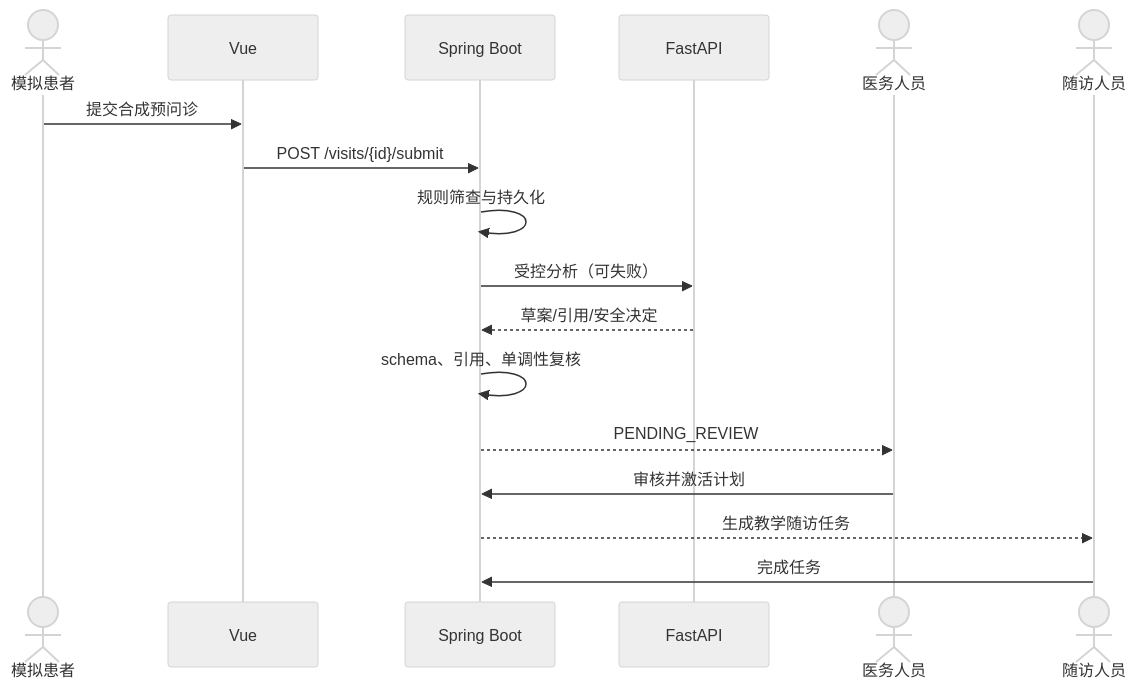
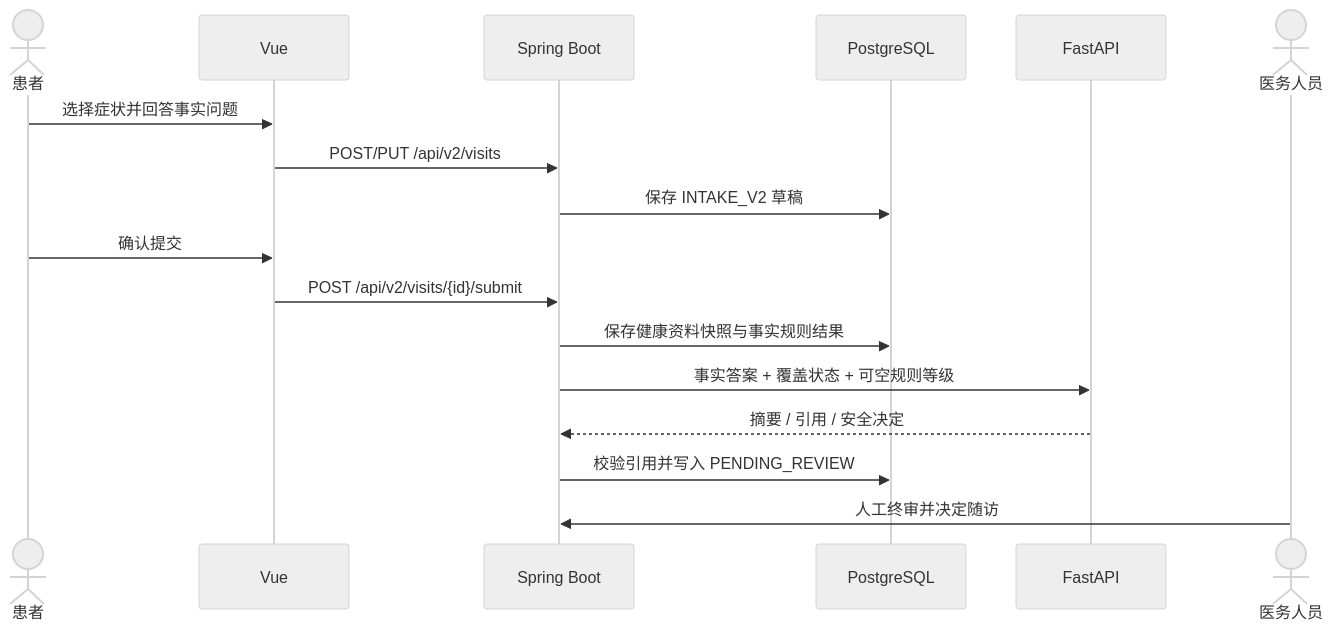
The diagram in docs/architecture/SEQUENCES.md (SkylerZhu016/care-guard-ai), drawn with Mermaid (neutral theme) before and after one commit. The commit also changed other lines of this file and 59 other files, not shown here.

````diff
--- a/docs/architecture/SEQUENCES.md
+++ b/docs/architecture/SEQUENCES.md
@@ -3,19 +3,19 @@
 ```mermaid
 sequenceDiagram
-  actor P as 模拟患者
+  actor P as 患者
   participant FE as Vue
   participant BE as Spring Boot
+  participant DB as PostgreSQL
   participant AI as FastAPI
   actor C as 医务人员
-  actor S as 随访人员
-  P->>FE: 提交合成预问诊
-  FE->>BE: POST /visits/{id}/submit
-  BE->>BE: 规则筛查与持久化
-  BE->>AI: 受控分析（可失败）
-  AI-->>BE: 草案/引用/安全决定
-  BE->>BE: schema、引用、单调性复核
-  BE-->>C: PENDING_REVIEW
-  C->>BE: 审核并激活计划
-  BE-->>S: 生成教学随访任务
-  S->>BE: 完成任务
+  P->>FE: 选择症状并回答事实问题
+  FE->>BE: POST/PUT /api/v2/visits
+  BE->>DB: 保存 INTAKE_V2 草稿
+  P->>FE: 确认提交
+  FE->>BE: POST /api/v2/visits/{id}/submit
+  BE->>DB: 保存健康资料快照与事实规则结果
+  BE->>AI: 事实答案 + 覆盖状态 + 可空规则等级
+  AI-->>BE: 摘要 / 引用 / 安全决定
+  BE->>DB: 校验引用并写入 PENDING_REVIEW
+  C->>BE: 人工终审并决定随访
 ```
````
